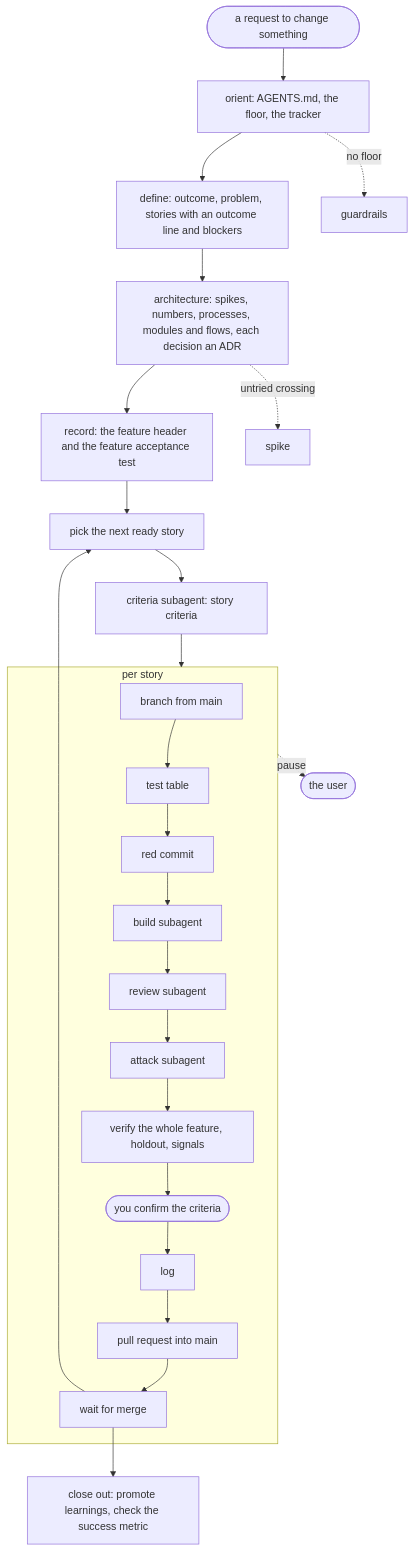
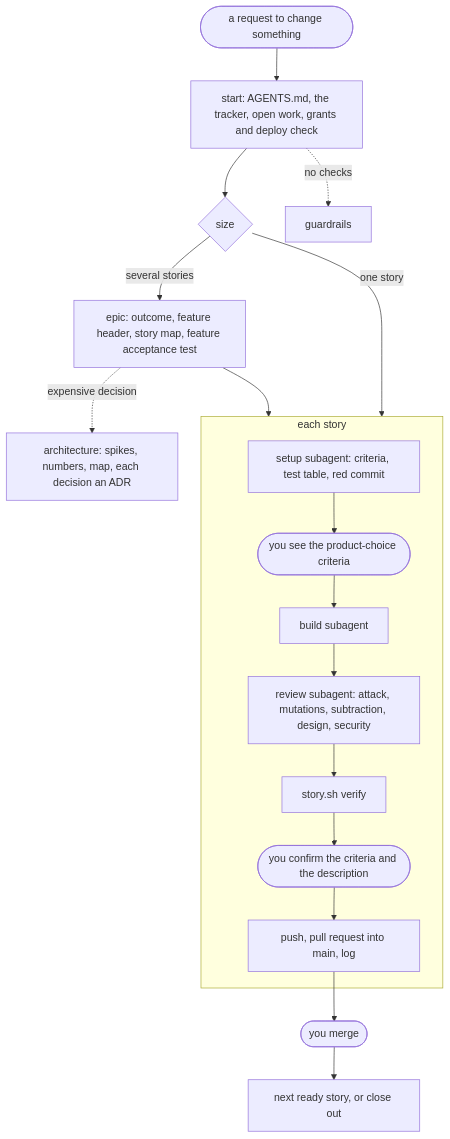
Before and after one commit to DaveBben/skills: the diagram in plugins/SDLC/README.md, drawn with Mermaid. The commit also changed other lines of this file and 59 other files, not shown here.

First line of the commit message:
SDLC 12.0.0: four skills, one-way hand-offs, scripts for verify and confirm

````diff
--- a/plugins/SDLC/README.md
+++ b/plugins/SDLC/README.md
@@ -41,21 +37,16 @@
 ```mermaid
 flowchart TD
-    REQ([a request to change something]) --> OR[orient: AGENTS.md, the floor, the tracker]
-    OR --> FR[define: outcome, problem, stories with an outcome line and blockers]
-    FR --> ARC[architecture: spikes, numbers, processes, modules and flows, each decision an ADR]
-    ARC --> REC[record: the feature header and the feature acceptance test]
-    REC --> NX[pick the next ready story]
-    NX --> CR[criteria subagent: story criteria]
-    CR --> SL
+    REQ([a request to change something]) --> ST[start: AGENTS.md, the tracker, open work, grants and deploy check]
+    ST --> SZ{size}
+    SZ -- several stories --> EP[epic: outcome, feature header, story map, feature acceptance test]
+    EP -. expensive decision .-> ARC[architecture: spikes, numbers, map, each decision an ADR]
+    EP --> STORY
+    SZ -- one story --> STORY
 
-    subgraph SL [per story]
-      BR[branch from main] --> TT[test table] --> RED[red commit] --> BLD[build subagent] --> REV[review subagent] --> ATK[attack subagent] --> VER[verify the whole feature, holdout, signals] --> OK([you confirm the criteria]) --> LOG[log] --> PR[pull request into main] --> MRG[wait for merge]
+    subgraph STORY [each story]
+      SET[setup subagent: criteria, test table, red commit] --> SHOW([you see the product-choice criteria]) --> BLD[build subagent] --> REV[review subagent: attack, mutations, subtraction, design, security] --> VER[story.sh verify] --> OK([you confirm the criteria and the description]) --> PR[push, pull request into main, log]
     end
 
-    MRG --> NX
-    MRG --> OUT[close out: promote learnings, check the success metric]
-
-    SL -. pause .-> USER([the user])
-    ARC -. untried crossing .-> SPIKE[spike]
-    OR -. no floor .-> HARN[guardrails]
+    PR --> MRG([you merge]) --> NEXT[next ready story, or close out]
+    ST -. no checks .-> G[guardrails]
 ```
````
